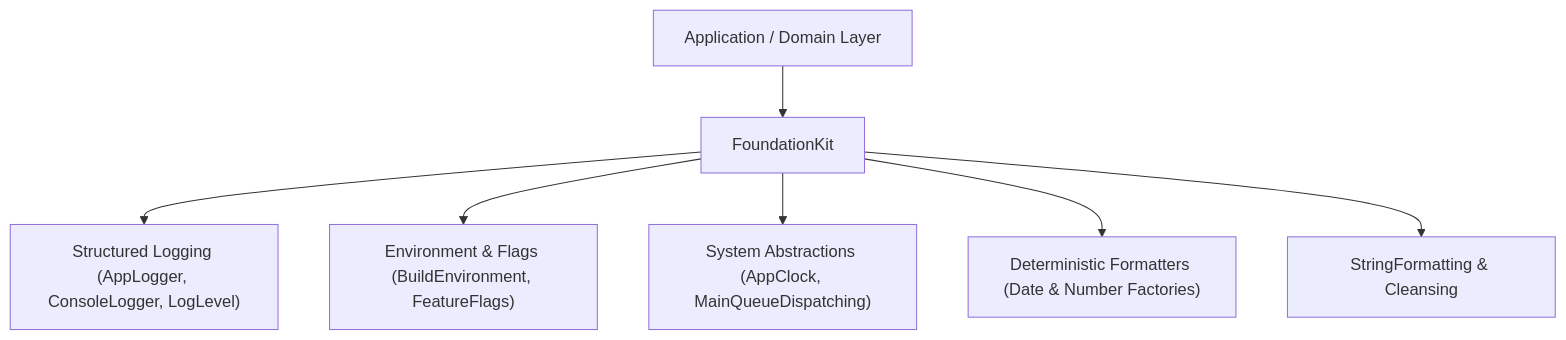
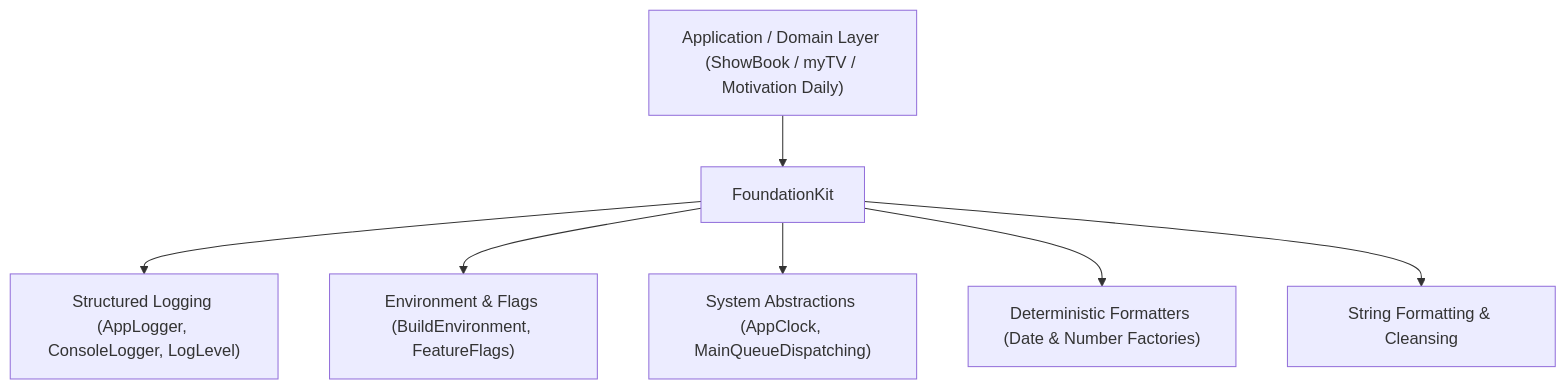
One commit to Anurag-Chourasia/FoundationKit changed the first of 2 diagrams in README.md. Above: the diagram before and after it, drawn with Mermaid. The commit also changed other lines of this file, not shown here.

Commit message:
IOS-85 | Overhaul FoundationKit README with architecture, testable abstractions, and ecosystem connectivity

````diff
--- a/README.md
+++ b/README.md
@@ -16,9 +30,9 @@
 ```mermaid
 flowchart TD
-    Consumer["Application / Domain Layer"] --> FoundationKit["FoundationKit"]
+    Consumer["Application / Domain Layer (ShowBook / myTV / Motivation Daily)"] --> FoundationKit["FoundationKit"]
     FoundationKit --> Logging["Structured Logging (AppLogger, ConsoleLogger, LogLevel)"]
     FoundationKit --> Environment["Environment & Flags (BuildEnvironment, FeatureFlags)"]
     FoundationKit --> Abstractions["System Abstractions (AppClock, MainQueueDispatching)"]
     FoundationKit --> Formatters["Deterministic Formatters (Date & Number Factories)"]
-    FoundationKit --> Utilities["StringFormatting & Cleansing"]
+    FoundationKit --> Utilities["String Formatting & Cleansing"]
 ```
````
